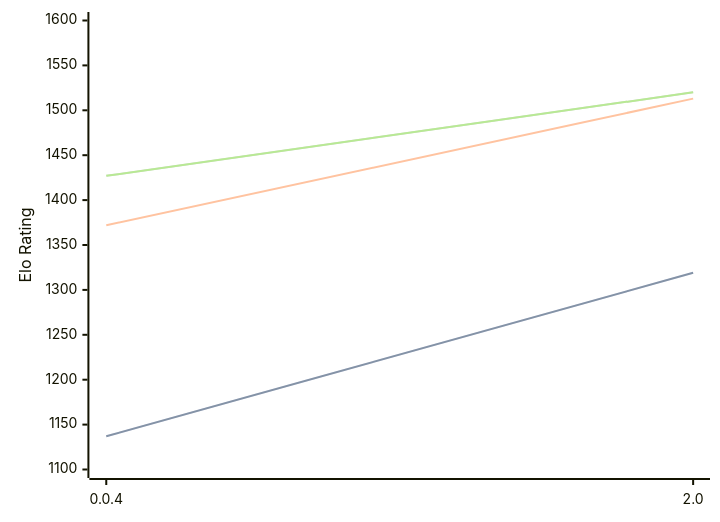
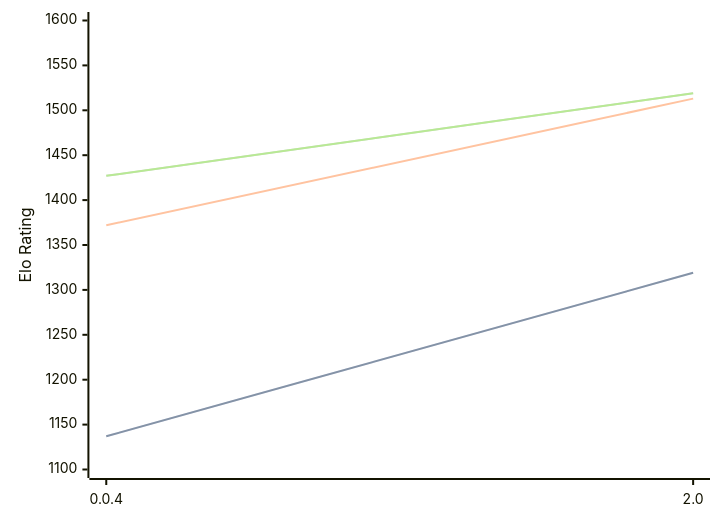
The diagram in engines/Oops!Mate.md (computer-chess-index/cci), drawn with Mermaid before and after one commit. The commit also changed other lines of this file, not shown here.

Commit message:
Update CCI Ratings (ELO VLTC) - 2026-02-26

````diff
--- a/engines/Oops!Mate.md
+++ b/engines/Oops!Mate.md
@@ -49,11 +49,11 @@
 ```mermaid
 %%{init: {"theme":"base","themeVariables":{"seriesColors:['#a3a3a3','#222221','#faa371']}}}%%
 xychart-beta
   x-axis ["0.0.4", "2.0"]
   y-axis "Elo Rating" 1100 --> 1600
   line "STC (8.0+0.08s)" [1137, 1319]
   line "STC (8.0+0.08s)" [1137, 1319]
   line "LTC (60.0+0.60s)" [1372, 1513]
-  line "VLTC (2m24s+1.12s)" [1427, 1520]
-  line "VLTC (2m24s+1.12s)" [1427, 1520]
+  line "VLTC (2m24s+1.12s)" [1427, 1519]
+  line "VLTC (2m24s+1.12s)" [1427, 1519]
 ```
````
